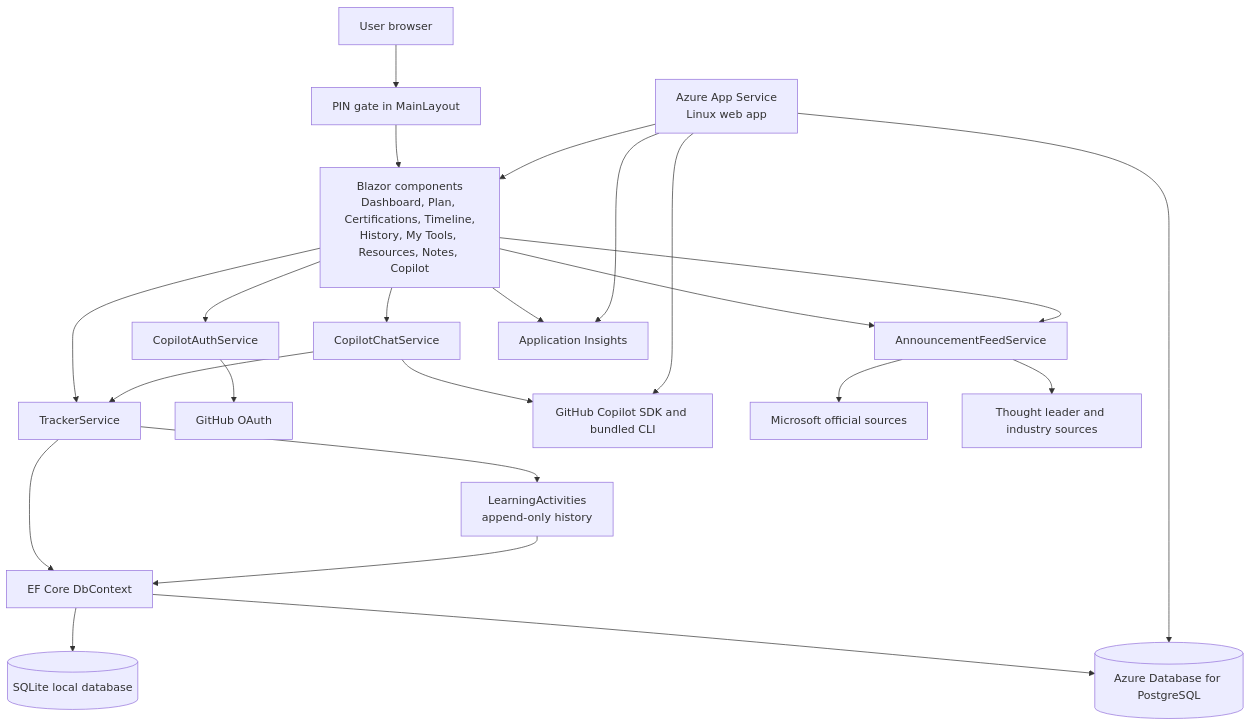
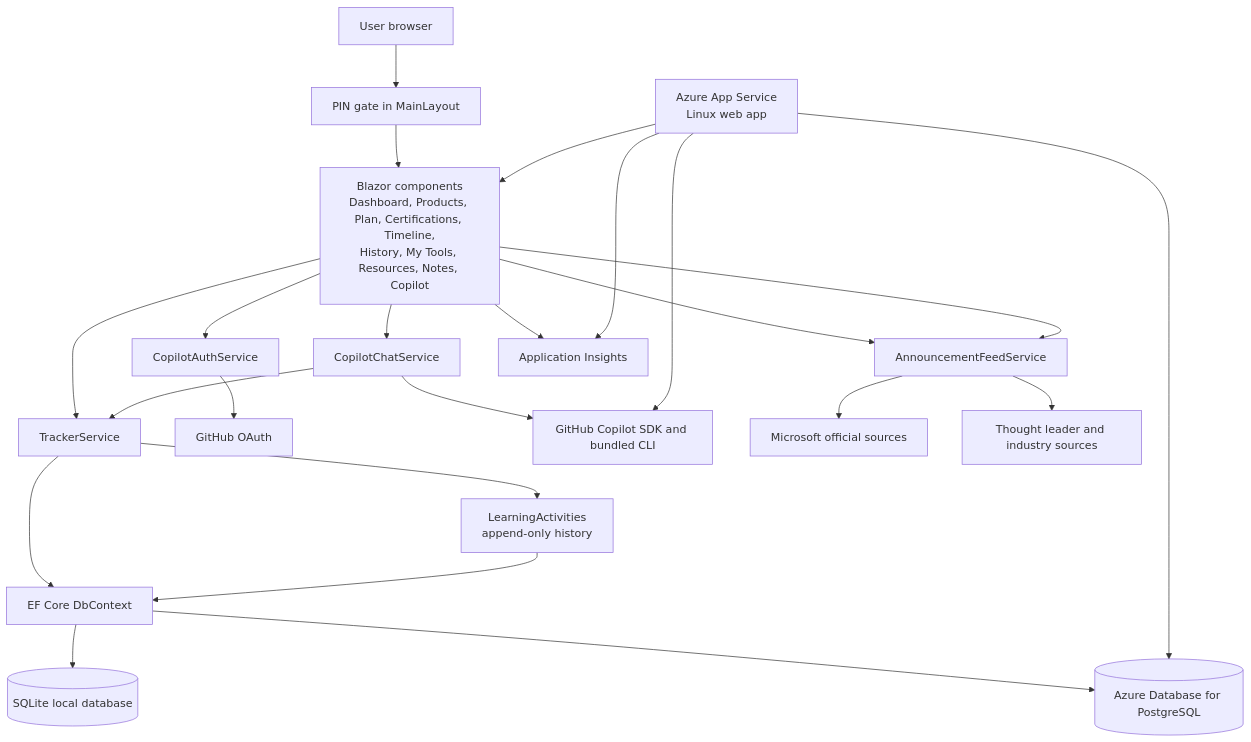
Before and after one commit to haslam93/PersonalizedLearningApp: the first of 2 diagrams in arch.md, drawn with Mermaid. The commit also changed other lines of this file and 35 other files, not shown here.

````diff
--- a/arch.md
+++ b/arch.md
@@ -21,36 +21,36 @@
 ```mermaid
 flowchart TB
     User[User browser]
     Pin[PIN gate in MainLayout]
-  UI[Blazor components\nDashboard, Plan, Certifications, Timeline,\nHistory, My Tools, Resources, Notes, Copilot]
+  UI[Blazor components\nDashboard, Products, Plan, Certifications, Timeline,\nHistory, My Tools, Resources, Notes, Copilot]
   Tracker[TrackerService]
   Activity[LearningActivities\nappend-only history]
   Feed[AnnouncementFeedService]
   Auth[CopilotAuthService]
   Chat[CopilotChatService]
   GitHubOAuth[GitHub OAuth]
   CopilotSdk[GitHub Copilot SDK and bundled CLI]
     Data[EF Core DbContext]
     Sqlite[(SQLite local database)]
     Postgres[(Azure Database for PostgreSQL)]
     AppInsights[Application Insights]
   MicrosoftNews[Microsoft official sources]
   IndustryNews[Thought leader and industry sources]
   AppService[Azure App Service\nLinux web app]
 
     User --> Pin --> UI
   UI --> Tracker --> Data
   Data --> Sqlite
   Data --> Postgres
   Tracker --> Activity --> Data
   UI --> Feed --> MicrosoftNews
   UI --> Feed --> IndustryNews
   UI --> Auth --> GitHubOAuth
   UI --> Chat --> CopilotSdk
   Chat --> Tracker
     UI --> AppInsights
     AppService --> UI
     AppService --> Postgres
     AppService --> AppInsights
   AppService --> CopilotSdk
 ```
````
